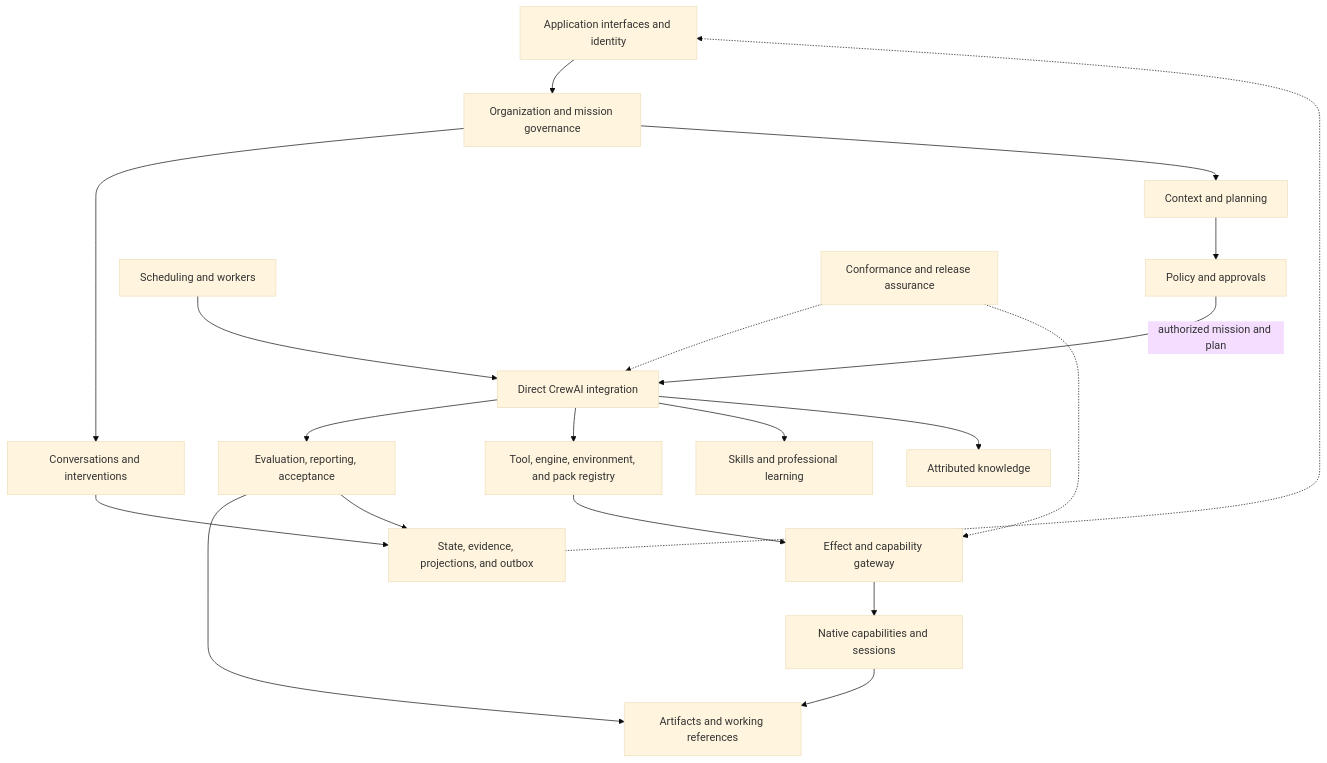
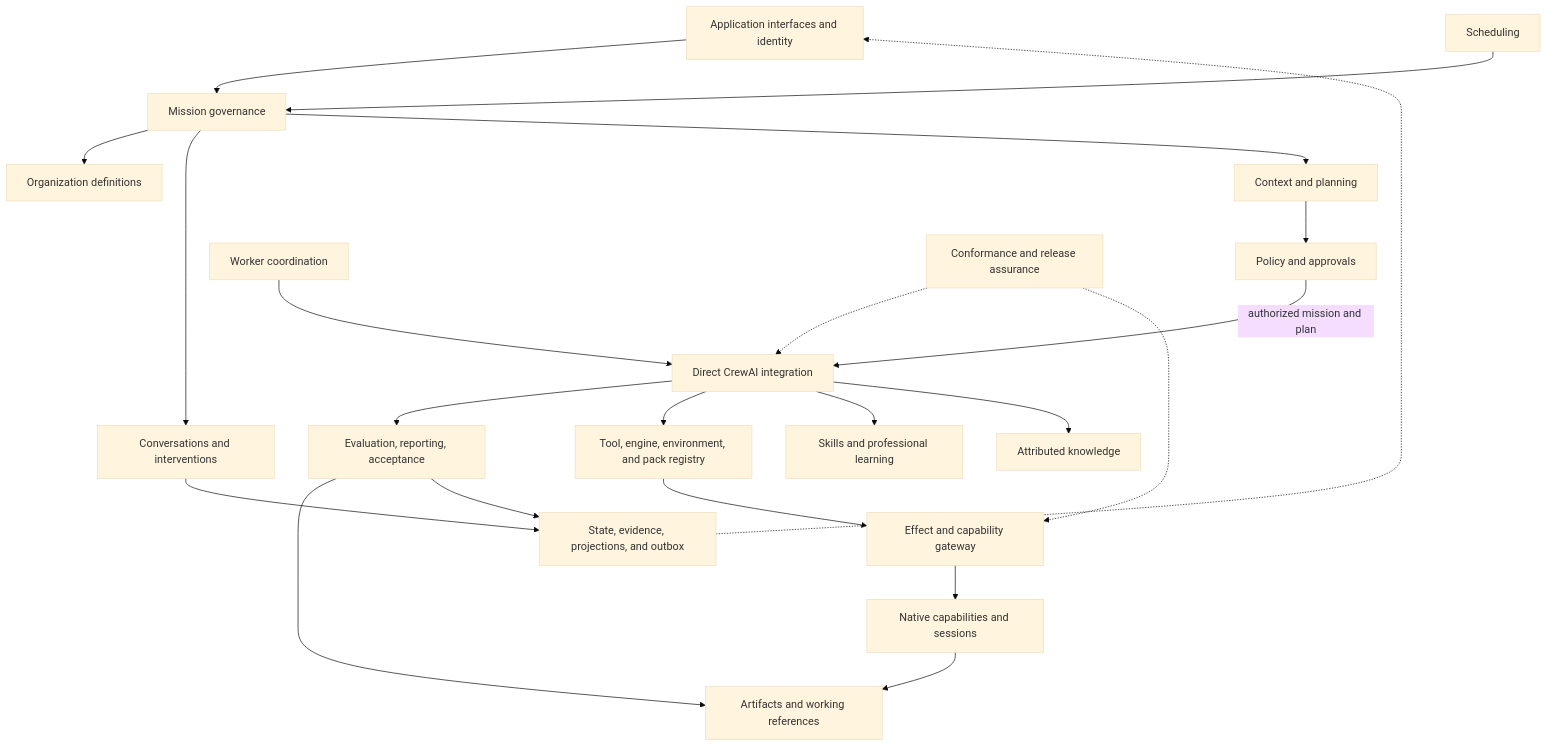
The second of 2 diagrams in docs/SYSTEM/ARCHITECTURE.md (Y4NN777/mishkan), drawn with Mermaid (base theme) before and after one commit. The commit also changed other lines of this file and 7 other files, not shown here.

````diff
--- a/docs/SYSTEM/ARCHITECTURE.md
+++ b/docs/SYSTEM/ARCHITECTURE.md
@@ -84,39 +84,43 @@
 ```mermaid
 flowchart TB
     API["Application interfaces and identity"]
-    Org["Organization and mission governance"]
+    Org["Organization definitions"]
+    Mission["Mission governance"]
     Conversation["Conversations and interventions"]
     Planning["Context and planning"]
     Policy["Policy and approvals"]
     Crew["Direct CrewAI integration"]
     Quality["Evaluation, reporting, acceptance"]
     Registry["Tool, engine, environment, and pack registry"]
     Gateway["Effect and capability gateway"]
     Native["Native capabilities and sessions"]
     Skills["Skills and professional learning"]
     Knowledge["Attributed knowledge"]
     Artifacts["Artifacts and working references"]
     Events["State, evidence, projections, and outbox"]
-    Automation["Scheduling and workers"]
+    Scheduling["Scheduling"]
+    Workers["Worker coordination"]
     Conformance["Conformance and release assurance"]
 
-    API --> Org
-    Org --> Conversation
-    Org --> Planning
+    API --> Mission
+    Mission --> Org
+    Mission --> Conversation
+    Mission --> Planning
     Planning --> Policy
     Policy -->|"authorized mission and plan"| Crew
     Crew --> Quality
     Crew --> Registry
     Registry --> Gateway
     Crew --> Skills
     Crew --> Knowledge
     Gateway --> Native
     Native --> Artifacts
     Quality --> Artifacts
     Quality --> Events
     Conversation --> Events
-    Automation --> Crew
+    Scheduling --> Mission
+    Workers --> Crew
     Events -.-> API
     Conformance -.-> Crew
     Conformance -.-> Gateway
 ```
````
